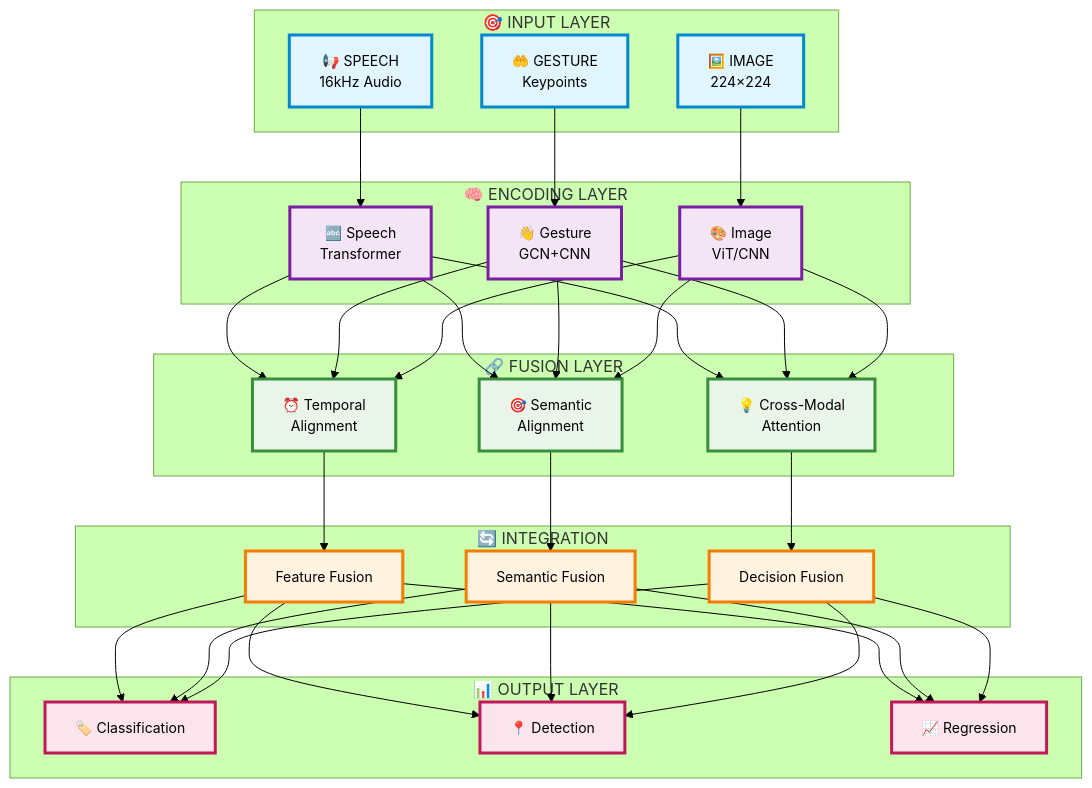
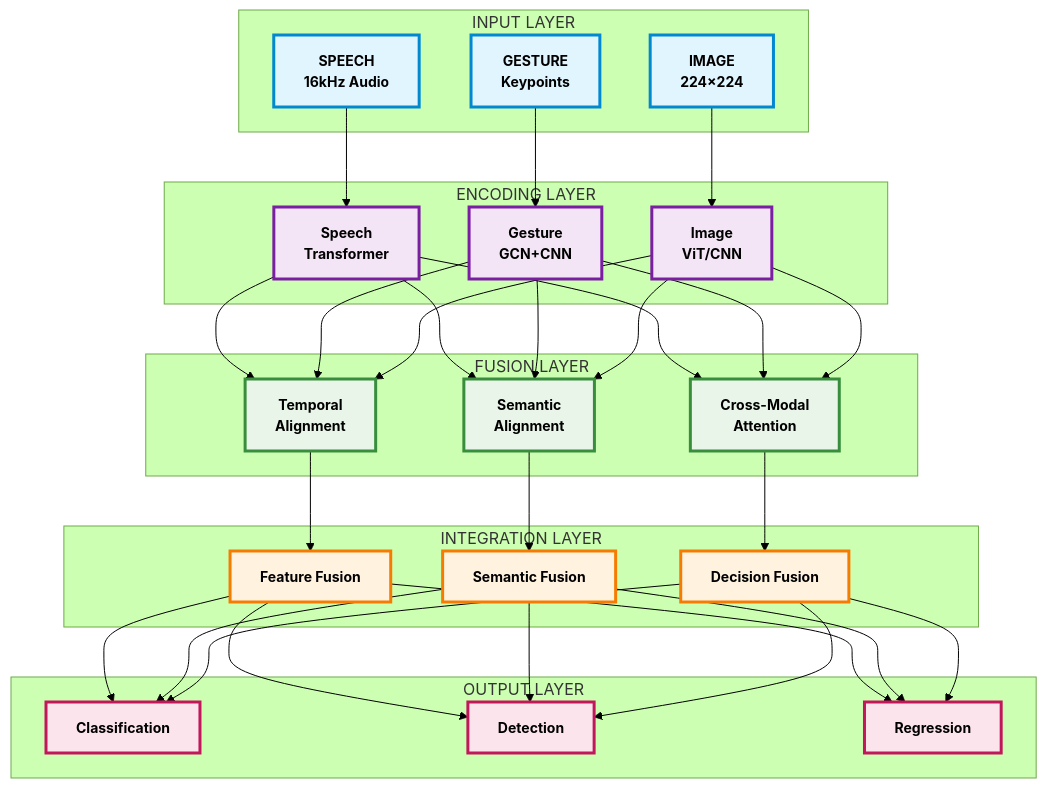
The first of 2 diagrams in README.md (Nathanielneil/TriModalFusion), drawn with Mermaid (forest theme) before and after one commit. The commit also changed other lines of this file, not shown here.

Commit message:
Remove emojis and enhance text formatting in diagrams
- Remove all emoji symbols for professional academic appearance
- Add bold font-weight to all text elements for better readability
- Increase node stroke width to 3px for clearer definition
- Standardize font sizes (14px-16px) across all components
- Use descriptive text labels without decorative elements
- Maintain color coding for visual hierarchy
- Ensure professional documentation standards

````diff
--- a/README.md
+++ b/README.md
@@ -85,76 +85,76 @@
 ```mermaid
 graph TB
-    subgraph INPUT ["🎯 INPUT LAYER"]
-        A1["📢 SPEECH<br/>16kHz Audio"]
-        A2["🤲 GESTURE<br/>Keypoints"]
-        A3["🖼️ IMAGE<br/>224×224"]
+    subgraph INPUT ["INPUT LAYER"]
+        A1["SPEECH<br/>16kHz Audio"]
+        A2["GESTURE<br/>Keypoints"]
+        A3["IMAGE<br/>224×224"]
     end
     
-    subgraph ENCODE ["🧠 ENCODING LAYER"]
-        B1["🔤 Speech<br/>Transformer"]
-        B2["👋 Gesture<br/>GCN+CNN"]
-        B3["🎨 Image<br/>ViT/CNN"]
+    subgraph ENCODE ["ENCODING LAYER"]
+        B1["Speech<br/>Transformer"]
+        B2["Gesture<br/>GCN+CNN"]
+        B3["Image<br/>ViT/CNN"]
     end
     
-    subgraph FUSION ["🔗 FUSION LAYER"]
-        C1["⏰ Temporal<br/>Alignment"]
-        C2["🎯 Semantic<br/>Alignment"]
-        C3["💡 Cross-Modal<br/>Attention"]
+    subgraph FUSION ["FUSION LAYER"]
+        C1["Temporal<br/>Alignment"]
+        C2["Semantic<br/>Alignment"]
+        C3["Cross-Modal<br/>Attention"]
     end
     
-    subgraph INTEGRATE ["🔄 INTEGRATION"]
+    subgraph INTEGRATE ["INTEGRATION LAYER"]
         D1["Feature Fusion"]
         D2["Semantic Fusion"]
         D3["Decision Fusion"]
     end
     
-    subgraph OUTPUT ["📊 OUTPUT LAYER"]
-        E1["🏷️ Classification"]
-        E2["📍 Detection"]
-        E3["📈 Regression"]
+    subgraph OUTPUT ["OUTPUT LAYER"]
+        E1["Classification"]
+        E2["Detection"]
+        E3["Regression"]
     end
     
     A1 --> B1
     A2 --> B2
     A3 --> B3
     
     B1 --> C1
     B2 --> C1
     B3 --> C1
     
     B1 --> C2
     B2 --> C2
     B3 --> C2
     
     B1 --> C3
     B2 --> C3
     B3 --> C3
     
     C1 --> D1
     C2 --> D2
     C3 --> D3
     
     D1 --> E1
     D2 --> E1
     D3 --> E1
     
     D1 --> E2
     D2 --> E2
     D3 --> E2
     
     D1 --> E3
     D2 --> E3
     D3 --> E3
     
-    classDef inputStyle fill:#e1f5fe,stroke:#0288d1,stroke-width:3px,font-size:14px
-    classDef encoderStyle fill:#f3e5f5,stroke:#7b1fa2,stroke-width:3px,font-size:14px
-    classDef fusionStyle fill:#e8f5e8,stroke:#388e3c,stroke-width:3px,font-size:14px
-    classDef integrationStyle fill:#fff3e0,stroke:#f57c00,stroke-width:3px,font-size:14px
-    classDef outputStyle fill:#fce4ec,stroke:#c2185b,stroke-width:3px,font-size:14px
+    classDef inputStyle fill:#e1f5fe,stroke:#0288d1,stroke-width:3px,font-size:14px,font-weight:bold
+    classDef encoderStyle fill:#f3e5f5,stroke:#7b1fa2,stroke-width:3px,font-size:14px,font-weight:bold
+    classDef fusionStyle fill:#e8f5e8,stroke:#388e3c,stroke-width:3px,font-size:14px,font-weight:bold
+    classDef integrationStyle fill:#fff3e0,stroke:#f57c00,stroke-width:3px,font-size:14px,font-weight:bold
+    classDef outputStyle fill:#fce4ec,stroke:#c2185b,stroke-width:3px,font-size:14px,font-weight:bold
     
     class A1,A2,A3 inputStyle
     class B1,B2,B3 encoderStyle
     class C1,C2,C3 fusionStyle
     class D1,D2,D3 integrationStyle
     class E1,E2,E3 outputStyle
 ```
````
